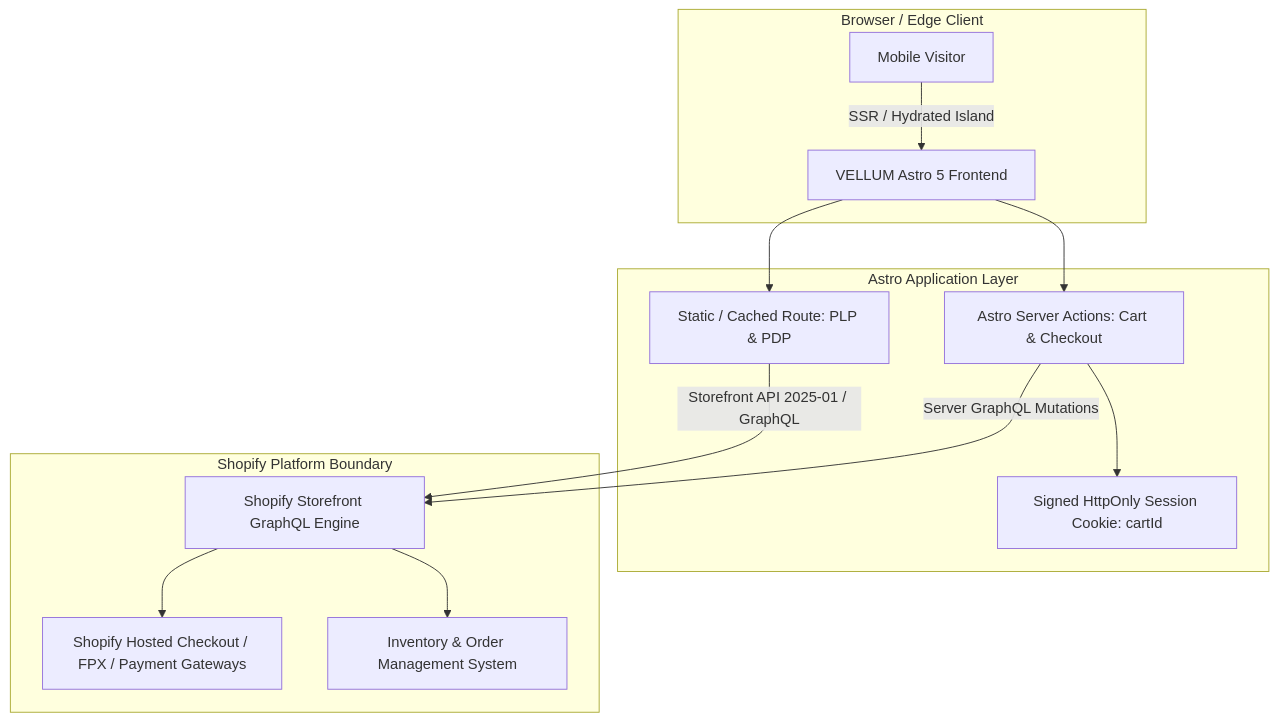
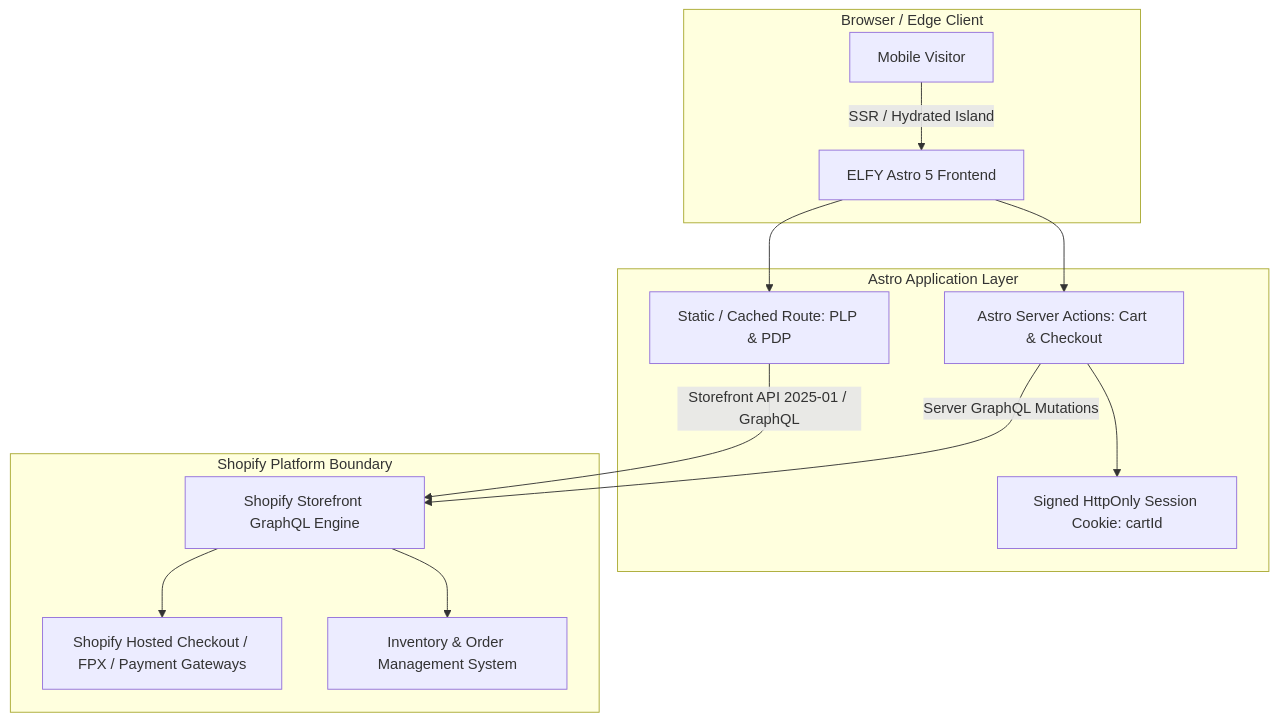
One commit to ongkipro/elfy changed the diagram in PRD.md. Above: the diagram before and after it, drawn with Mermaid. The commit also changed other lines of this file and 32 other files, not shown here.

````diff
--- a/PRD.md
+++ b/PRD.md
@@ -33,19 +33,19 @@
 ```mermaid
 flowchart TD
     subgraph Client ["Browser / Edge Client"]
-        A[Mobile Visitor] -->|SSR / Hydrated Island| B[VELLUM Astro 5 Frontend]
+        A[Mobile Visitor] -->|SSR / Hydrated Island| B[ELFY Astro 5 Frontend]
     end
 
     subgraph Storefront ["Astro Application Layer"]
         B --> C[Static / Cached Route: PLP & PDP]
         B --> D[Astro Server Actions: Cart & Checkout]
         D --> E[Signed HttpOnly Session Cookie: cartId]
     end
 
     subgraph Shopify ["Shopify Platform Boundary"]
         C -->|Storefront API 2025-01 / GraphQL| F[Shopify Storefront GraphQL Engine]
         D -->|Server GraphQL Mutations| F
         F --> G[Shopify Hosted Checkout / FPX / Payment Gateways]
         F --> H[Inventory & Order Management System]
     end
 ```
````
